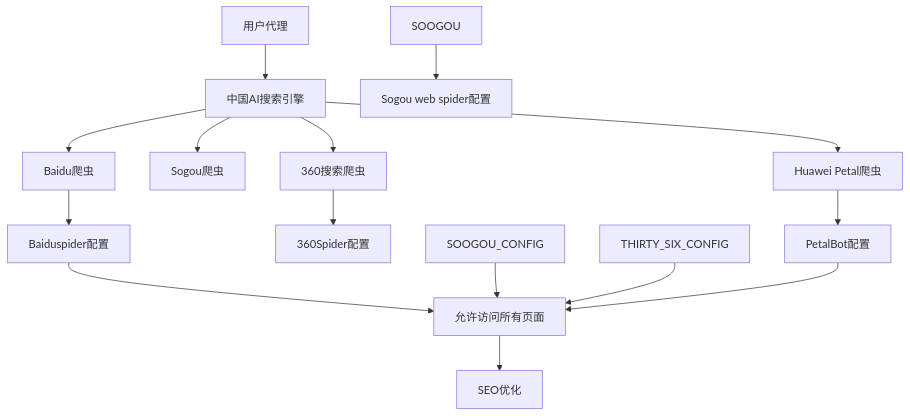
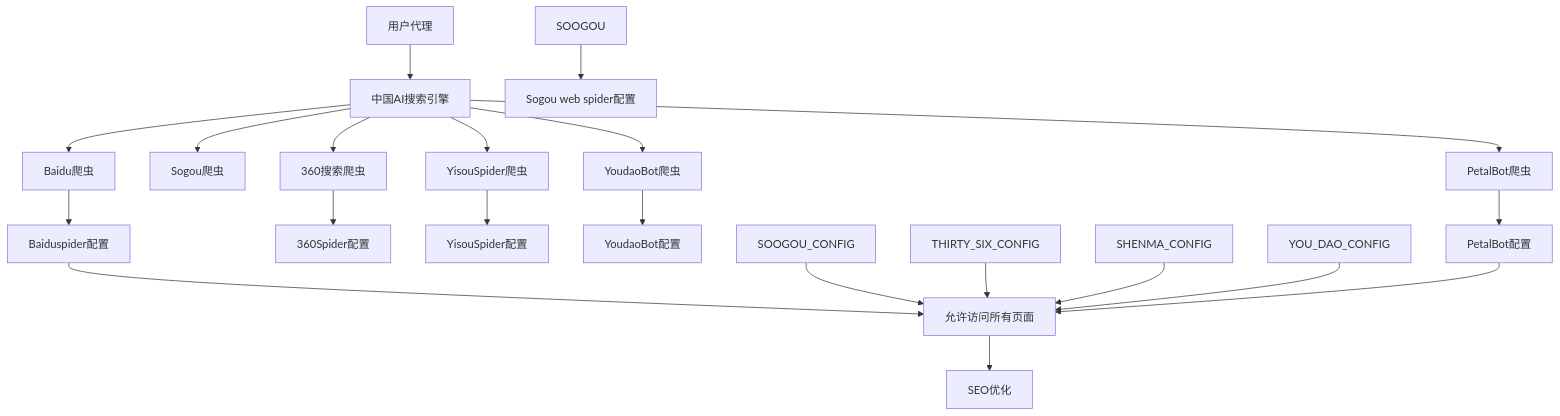
The eighth of 12 diagrams in .qoder/repowiki/zh/content/性能优化/SEO内容交付系统.md (sgyy/privadeck), drawn with Mermaid before and after one commit. The commit also changed other lines of this file and 3 other files, not shown here.

````diff
--- a/.qoder/repowiki/zh/content/性能优化/SEO内容交付系统.md
+++ b/.qoder/repowiki/zh/content/性能优化/SEO内容交付系统.md
@@ -360,17 +370,23 @@
 ```mermaid
 flowchart TD
 USER_AGENT[用户代理] --> CHINESE_AI[中国AI搜索引擎]
 CHINESE_AI --> BAIDU[Baidu爬虫]
 CHINESE_AI --> SOGOU[Sogou爬虫]
 CHINESE_AI --> THIRTY_SIX[360搜索爬虫]
-CHINESE_AI --> HUAWEI[Huawei Petal爬虫]
+CHINESE_AI --> SHENMA[YisouSpider爬虫]
+CHINESE_AI --> YOU_DAO[YoudaoBot爬虫]
+CHINESE_AI --> HUAWEI[PetalBot爬虫]
 BAIDU --> BAIDU_CONFIG[Baiduspider配置]
 SOOGOU --> SOGOU_CONFIG[Sogou web spider配置]
 THIRTY_SIX --> SPIDER_CONFIG[360Spider配置]
+SHENMA --> YISOU_CONFIG[YisouSpider配置]
+YOU_DAO --> YOUDAO_CONFIG[YoudaoBot配置]
 HUAWEI --> PETAL_CONFIG[PetalBot配置]
 BAIDU_CONFIG --> ALLOW_ALL[允许访问所有页面]
 SOOGOU_CONFIG --> ALLOW_ALL
 THIRTY_SIX_CONFIG --> ALLOW_ALL
+SHENMA_CONFIG --> ALLOW_ALL
+YOU_DAO_CONFIG --> ALLOW_ALL
 PETAL_CONFIG --> ALLOW_ALL
 ALLOW_ALL --> SEO_OPTIMIZATION[SEO优化]
 ```
````
